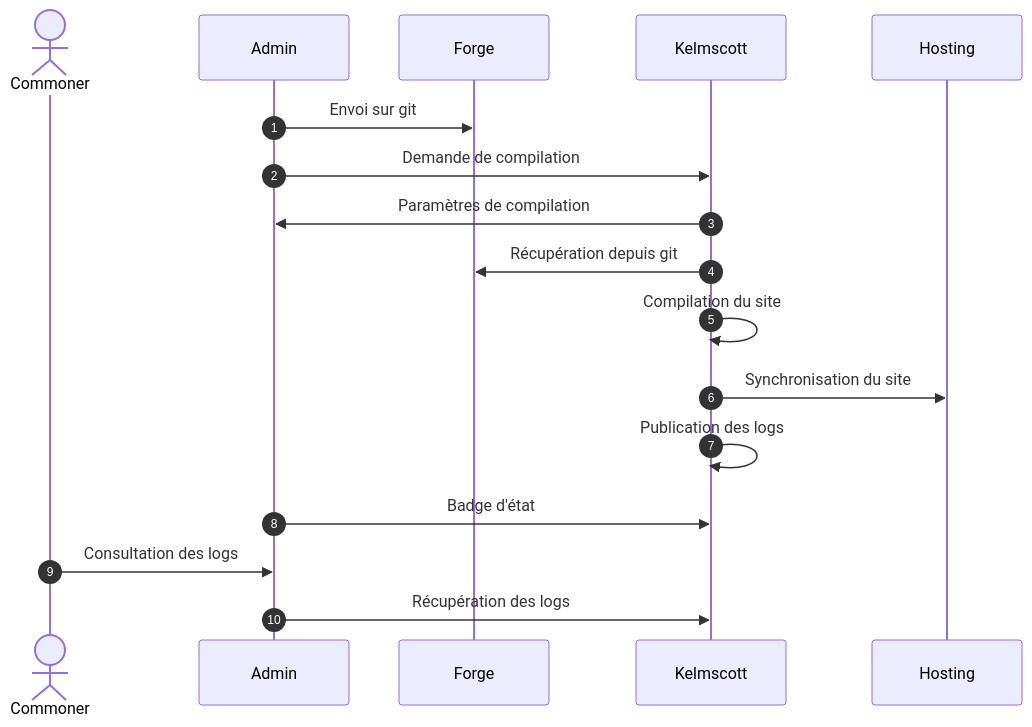
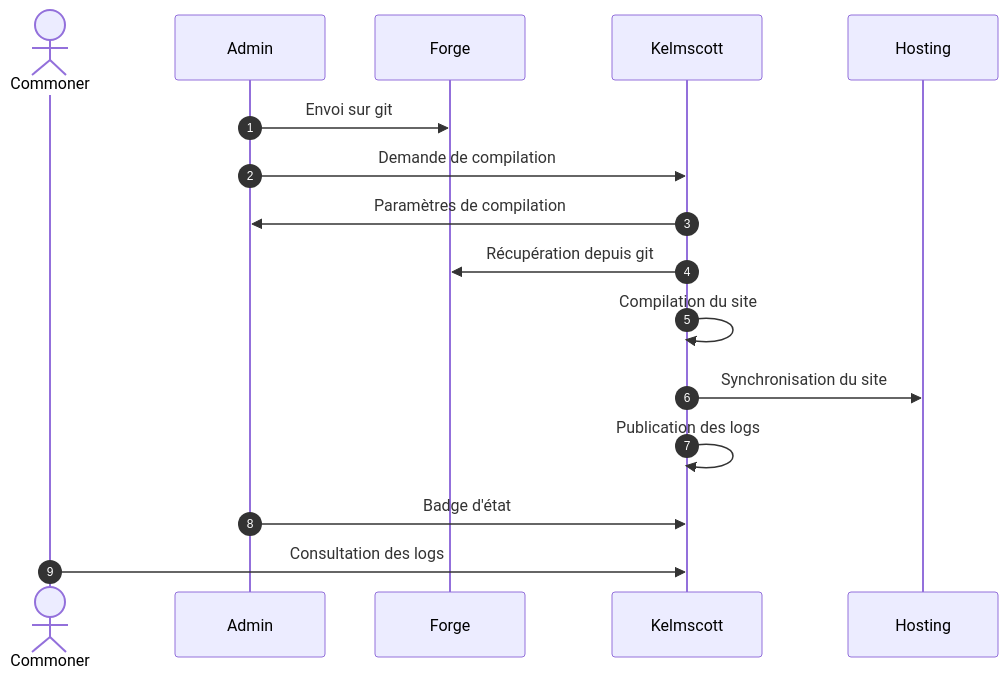
One commit to osunyorg/developers changed the second of 4 diagrams in content/docs/admin/sites-web/publisher/_index.md. Above: the diagram before and after it, drawn with Mermaid.

````diff
--- a/content/docs/admin/sites-web/publisher/_index.md
+++ b/content/docs/admin/sites-web/publisher/_index.md
@@ -37,15 +37,14 @@
 ```mermaid
 sequenceDiagram
   autonumber
   actor Commoner
   Admin->>Forge: Envoi sur git
   Admin->>Kelmscott: Demande de compilation
   Kelmscott->>Admin: Paramètres de compilation
   Kelmscott->>Forge: Récupération depuis git
   Kelmscott->>Kelmscott: Compilation du site
   Kelmscott->>Hosting: Synchronisation du site
   Kelmscott->>Kelmscott: Publication des logs
   Admin->>Kelmscott: Badge d'état
-  Commoner->>Admin: Consultation des logs
-  Admin->>Kelmscott: Récupération des logs
+  Commoner->>Kelmscott: Consultation des logs
 ```
````
